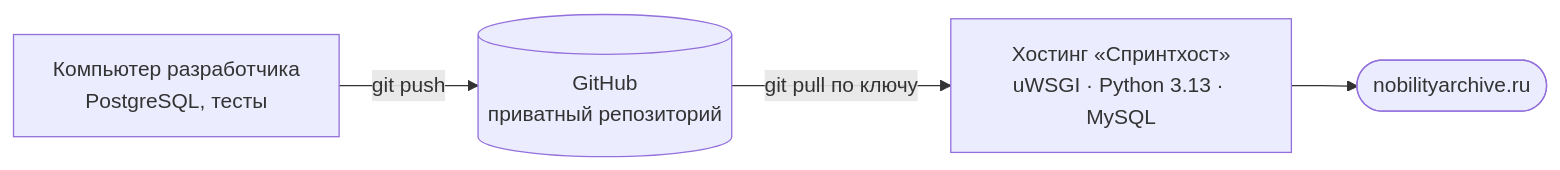
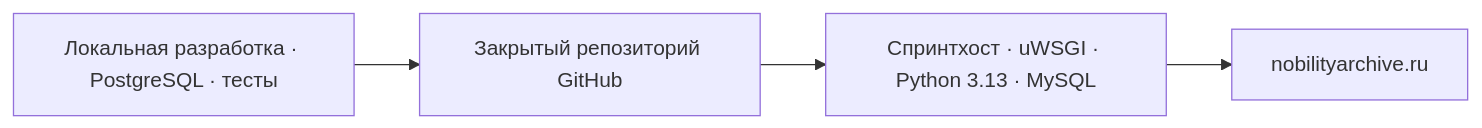
Before and after one commit to nmkyt/NobilityArchive-Public: the diagram in docs/deployment.md, drawn with Mermaid. The commit also changed other lines of this file and 5 other files, not shown here.

````diff
--- a/docs/deployment.md
+++ b/docs/deployment.md
@@ -5,6 +8,6 @@
 ```mermaid
 flowchart LR
-    Dev[Компьютер разработчика<br/>PostgreSQL, тесты] -- git push --> GH[(GitHub<br/>приватный репозиторий)]
-    GH -- git pull по ключу --> Server[Хостинг «Спринтхост»<br/>uWSGI · Python 3.13 · MySQL]
-    Server --> Site([nobilityarchive.ru])
+    Dev[Локальная разработка · PostgreSQL · тесты] --> GH[Закрытый репозиторий GitHub]
+    GH --> Server[Спринтхост · uWSGI · Python 3.13 · MySQL]
+    Server --> Site[nobilityarchive.ru]
 ```
````
